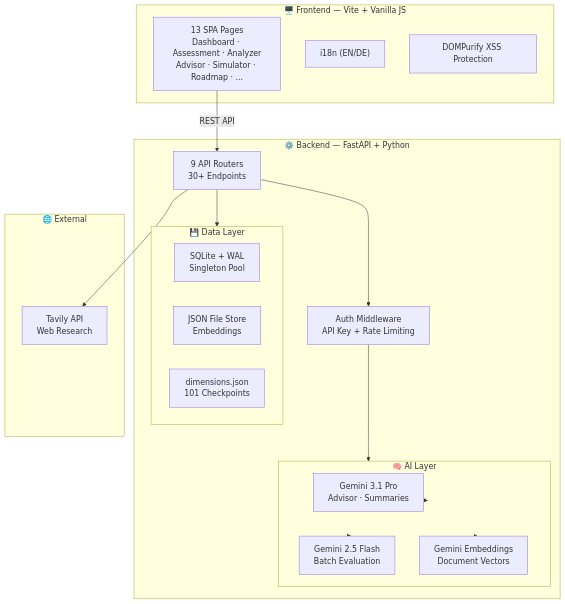
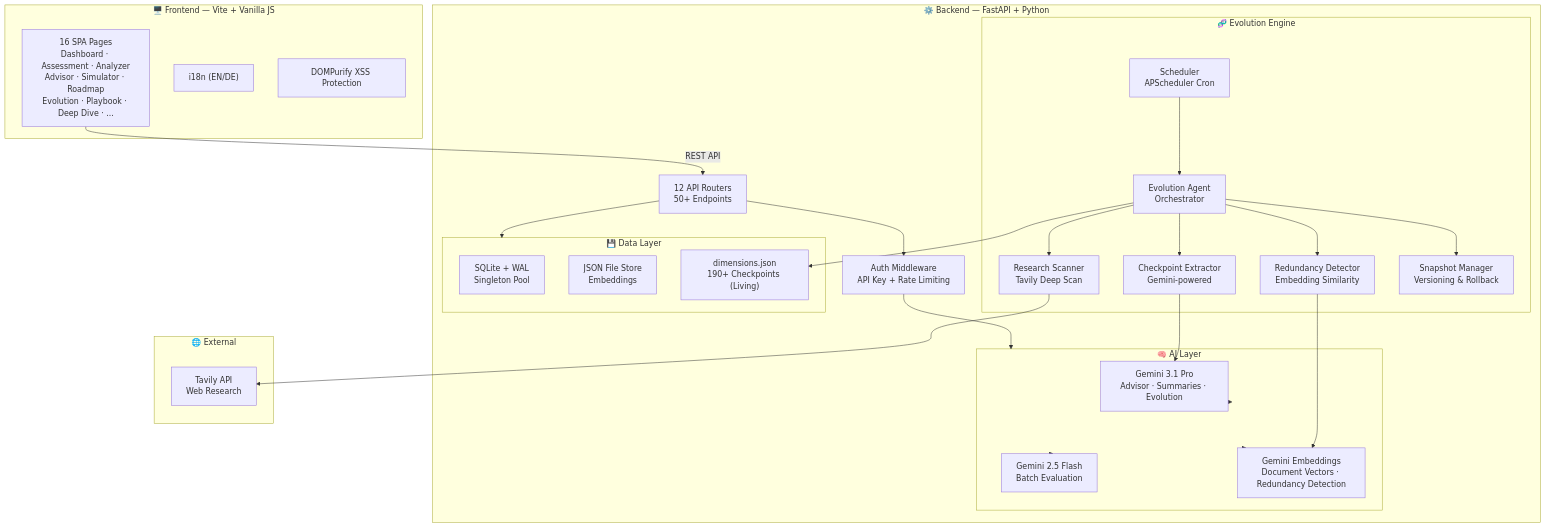
Before and after one commit to jonasarmbrust/AIStrategyHub: the diagram in README.md, drawn with Mermaid. The commit also changed other lines of this file and 9 other files, not shown here.

````diff
--- a/README.md
+++ b/README.md
@@ -167,36 +236,50 @@
 ```mermaid
 graph TB
     subgraph Frontend["🖥️ Frontend — Vite + Vanilla JS"]
-        FE_PAGES["13 SPA Pages<br/>Dashboard · Assessment · Analyzer<br/>Advisor · Simulator · Roadmap · ..."]
+        FE_PAGES["16 SPA Pages<br/>Dashboard · Assessment · Analyzer<br/>Advisor · Simulator · Roadmap<br/>Evolution · Playbook · Deep Dive · ..."]
         FE_I18N["i18n (EN/DE)"]
         FE_SANITIZE["DOMPurify XSS Protection"]
     end
 
     subgraph Backend["⚙️ Backend — FastAPI + Python"]
-        ROUTES["9 API Routers<br/>30+ Endpoints"]
+        ROUTES["12 API Routers<br/>50+ Endpoints"]
         AUTH["Auth Middleware<br/>API Key + Rate Limiting"]
         
         subgraph AI["🧠 AI Layer"]
-            GEMINI_PRO["Gemini 3.1 Pro<br/>Advisor · Summaries"]
+            GEMINI_PRO["Gemini 3.1 Pro<br/>Advisor · Summaries · Evolution"]
             GEMINI_FLASH["Gemini 2.5 Flash<br/>Batch Evaluation"]
-            GEMINI_EMBED["Gemini Embeddings<br/>Document Vectors"]
+            GEMINI_EMBED["Gemini Embeddings<br/>Document Vectors · Redundancy Detection"]
+        end
+
+        subgraph Evolution["🧬 Evolution Engine"]
+            EVO_AGENT["Evolution Agent<br/>Orchestrator"]
+            EVO_EXTRACT["Checkpoint Extractor<br/>Gemini-powered"]
+            EVO_REDUNDANCY["Redundancy Detector<br/>Embedding Similarity"]
+            EVO_SCANNER["Research Scanner<br/>Tavily Deep Scan"]
+            EVO_SNAPSHOT["Snapshot Manager<br/>Versioning & Rollback"]
+            EVO_SCHEDULER["Scheduler<br/>APScheduler Cron"]
         end
         
         subgraph Data["💾 Data Layer"]
             DB["SQLite + WAL<br/>Singleton Pool"]
             JSON_DB["JSON File Store<br/>Embeddings"]
-            DIMS["dimensions.json<br/>101 Checkpoints"]
+            DIMS["dimensions.json<br/>190+ Checkpoints (Living)"]
         end
     end
 
     subgraph External["🌐 External"]
         TAVILY["Tavily API<br/>Web Research"]
     end
 
     FE_PAGES -->|REST API| ROUTES
     ROUTES --> AUTH
     AUTH --> AI
     ROUTES --> Data
     AI --> GEMINI_PRO & GEMINI_FLASH & GEMINI_EMBED
-    ROUTES --> TAVILY
+    EVO_AGENT --> EVO_EXTRACT & EVO_REDUNDANCY & EVO_SCANNER & EVO_SNAPSHOT
+    EVO_SCHEDULER --> EVO_AGENT
+    EVO_SCANNER --> TAVILY
+    EVO_EXTRACT --> GEMINI_PRO
+    EVO_REDUNDANCY --> GEMINI_EMBED
+    EVO_AGENT --> DIMS
 ```
````
